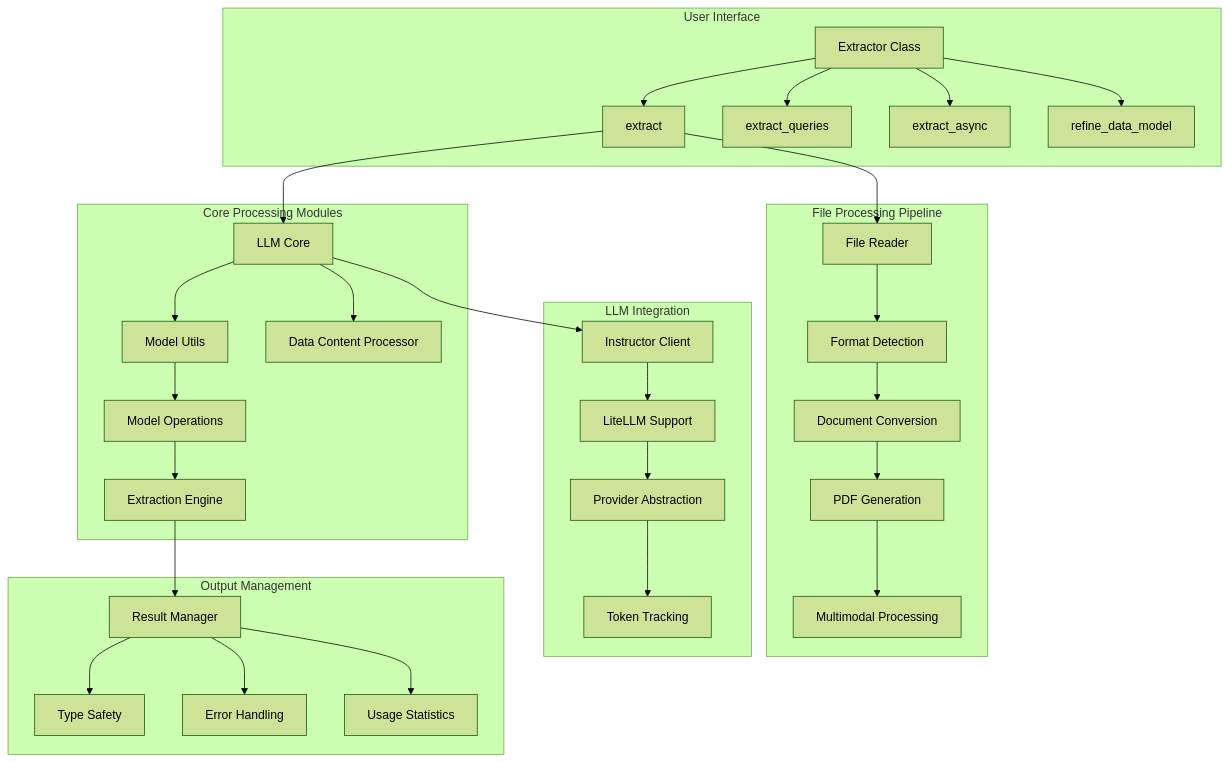
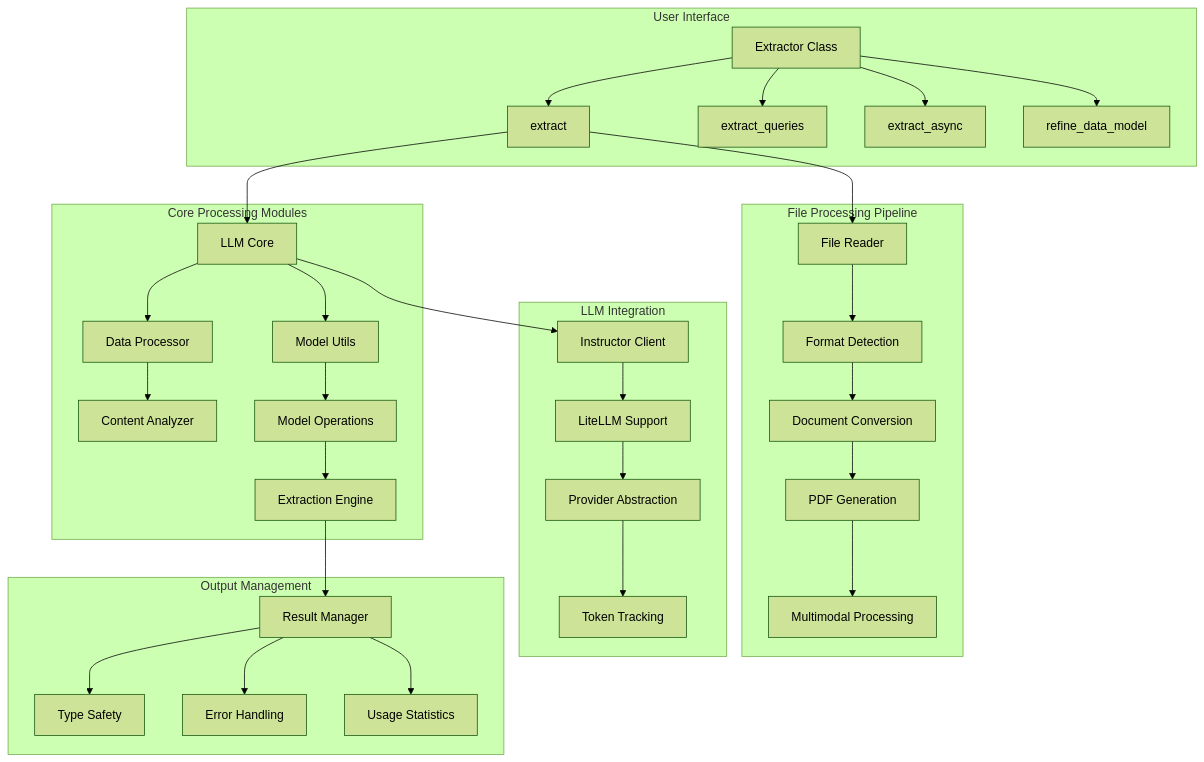
The diagram in docs/api/extractor.md (Blacksuan19/structx), drawn with Mermaid (forest theme) before and after one commit. The commit also changed 19 other files, not shown here.

````diff
--- a/docs/api/extractor.md
+++ b/docs/api/extractor.md
@@ -26,66 +26,68 @@
 ```mermaid
 graph TB
     subgraph "User Interface"
         A[Extractor Class]
         A1[extract] 
         A2[extract_queries]
         A3[extract_async]
         A4[refine_data_model]
     end
     
     subgraph "Core Processing Modules"
         B[LLM Core]
         C[Model Utils]
-        D[Data Content Processor]
+        D[Data Processor]
+        D1[Content Analyzer]
         E[Model Operations]
         F[Extraction Engine]
     end
     
     subgraph "File Processing Pipeline"
         G[File Reader]
         H[Format Detection]
         I[Document Conversion]
         J[PDF Generation]
         K[Multimodal Processing]
     end
     
     subgraph "LLM Integration"
         L[Instructor Client]
         M[LiteLLM Support]
         N[Provider Abstraction]
         O[Token Tracking]
     end
     
     subgraph "Output Management"
         P[Result Manager]
         Q[Type Safety]
         R[Error Handling]
         S[Usage Statistics]
     end
     
     A --> A1
     A --> A2
     A --> A3
     A --> A4
     
     A1 --> B
     A1 --> G
     B --> L
     G --> H
     H --> I
     I --> J
     J --> K
     
     B --> C
     B --> D
+    D --> D1
     C --> E
     E --> F
     F --> P
     
     L --> M
     M --> N
     N --> O
     P --> Q
     P --> R
     P --> S
 ```
````
